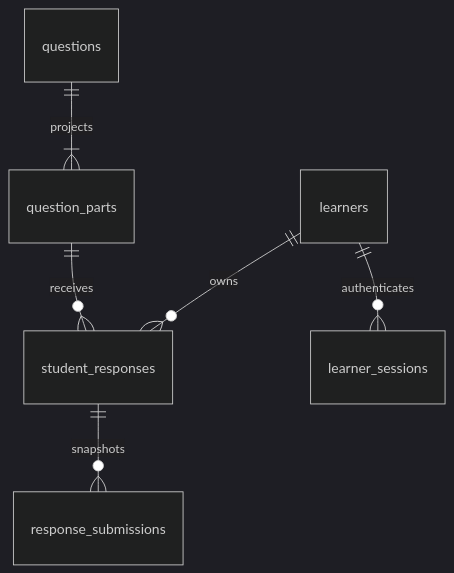
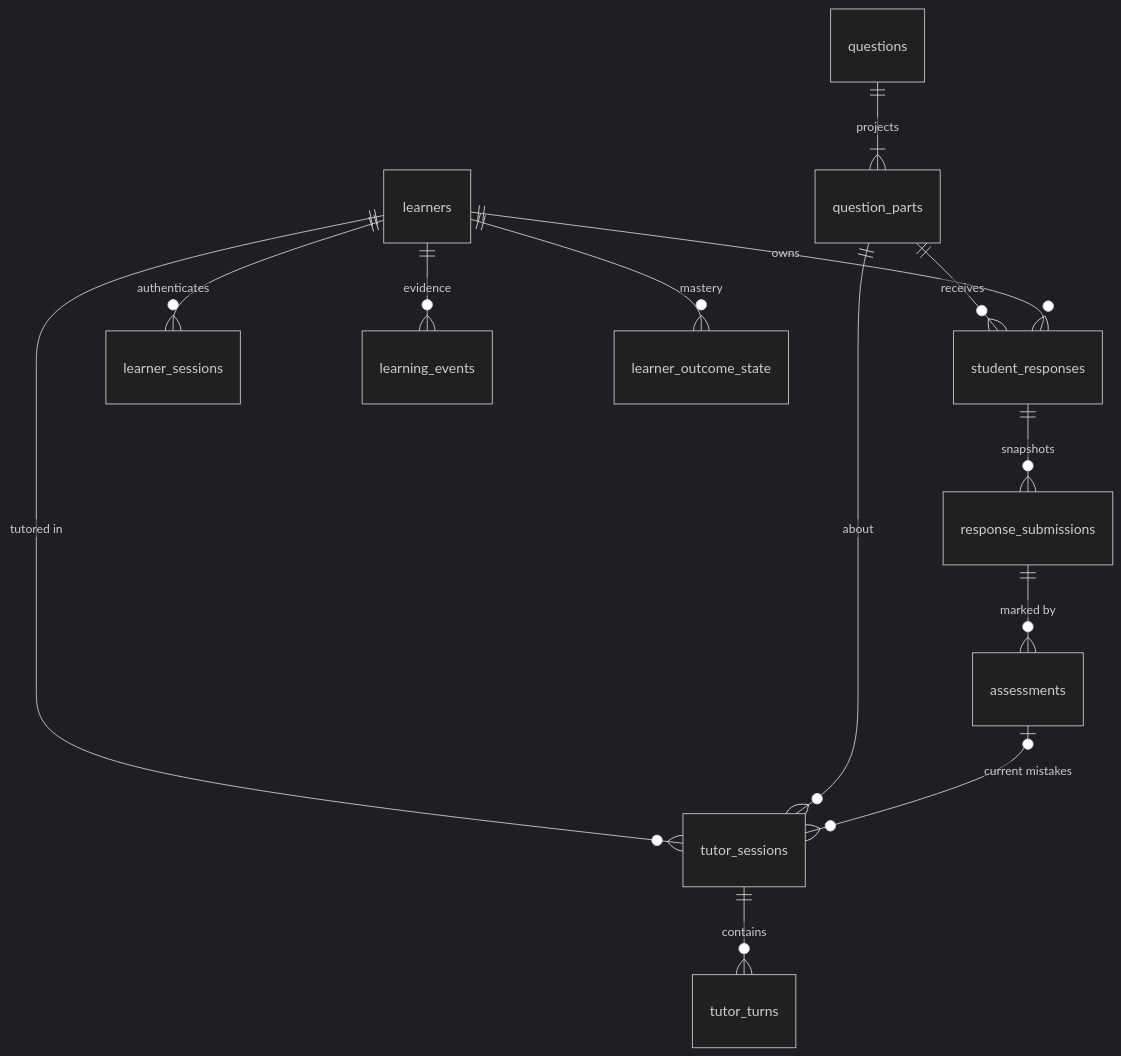
One commit to Saad-Akhtar-07/math-mate changed the diagram in docs/database-schema.md. Above: the diagram before and after it, drawn with Mermaid (dark theme). The commit also changed other lines of this file and 67 other files, not shown here.

````diff
--- a/docs/database-schema.md
+++ b/docs/database-schema.md
@@ -84,8 +84,15 @@
 ```mermaid
 erDiagram
     questions ||--|{ question_parts : projects
     question_parts ||--o{ student_responses : receives
     learners ||--o{ learner_sessions : authenticates
     learners ||--o{ student_responses : owns
     student_responses ||--o{ response_submissions : snapshots
+    response_submissions ||--o{ assessments : "marked by"
+    learners ||--o{ tutor_sessions : "tutored in"
+    question_parts ||--o{ tutor_sessions : about
+    tutor_sessions ||--o{ tutor_turns : contains
+    assessments |o--o{ tutor_sessions : "current mistakes"
+    learners ||--o{ learning_events : evidence
+    learners ||--o{ learner_outcome_state : mastery
 ```
````
